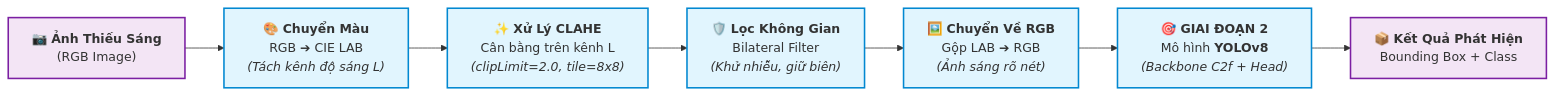
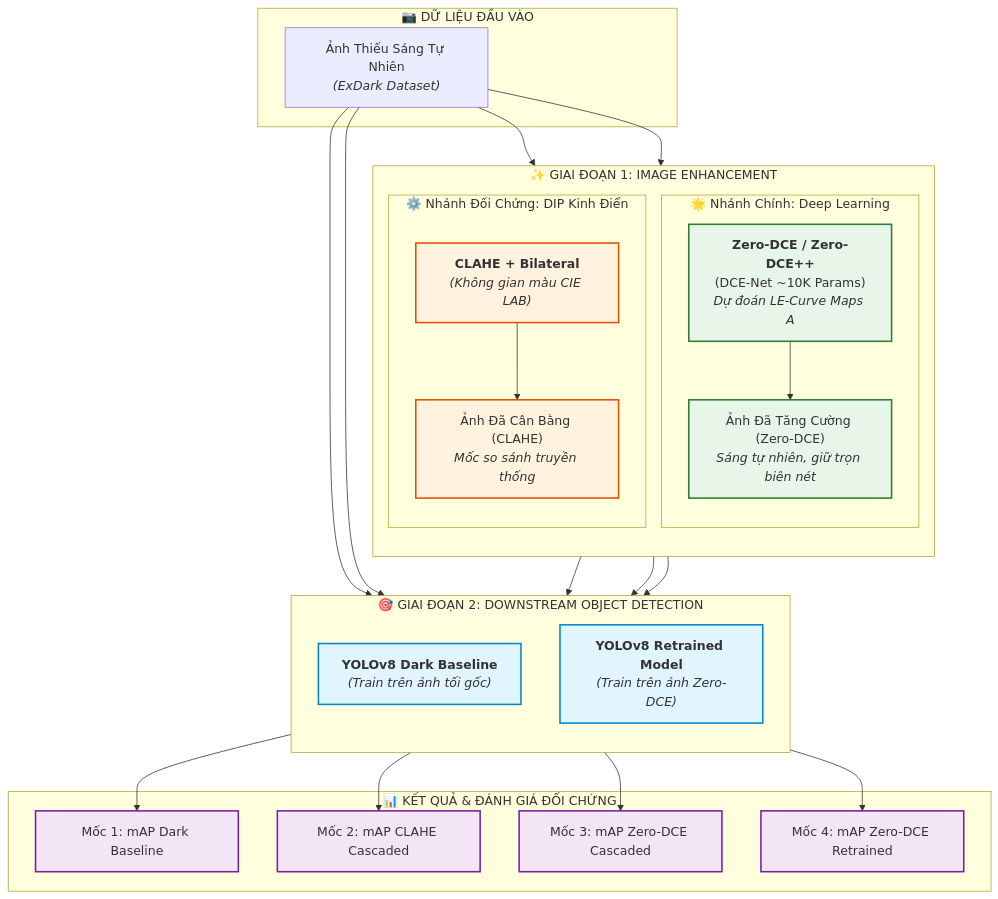
Before and after one commit to luongnm23ba14184-lgtm/Project-18-Low-Light-Image-Enhancement-and-Downstream-Recognition: the diagram in README.md, drawn with Mermaid. The commit also changed other lines of this file, not shown here.

````diff
--- a/README.md
+++ b/README.md
@@ -147,15 +218,51 @@
 ```mermaid
-flowchart LR
-    In["📷 <b>Ảnh Thiếu Sáng</b><br/>(RGB Image)"] 
-    --> S1["🎨 <b>Chuyển Màu</b><br/>RGB ➔ CIE LAB<br/><i>(Tách kênh độ sáng L)</i>"] 
-    --> S2["✨ <b>Xử Lý CLAHE</b><br/>Cân bằng trên kênh L<br/><i>(clipLimit=2.0, tile=8x8)</i>"]
-    --> S3["🛡️ <b>Lọc Không Gian</b><br/>Bilateral Filter<br/><i>(Khử nhiễu, giữ biên)</i>"]
-    --> S4["🖼️ <b>Chuyển Về RGB</b><br/>Gộp LAB ➔ RGB<br/><i>(Ảnh sáng rõ nét)</i>"]
-    --> S5["🎯 <b>GIAI ĐOẠN 2</b><br/>Mô hình <b>YOLOv8</b><br/><i>(Backbone C2f + Head)</i>"] 
-    --> Out["📦 <b>Kết Quả Phát Hiện</b><br/>Bounding Box + Class"]
+flowchart TD
+    subgraph IN ["📷 DỮ LIỆU ĐẦU VÀO"]
+        DarkImg["Ảnh Thiếu Sáng Tự Nhiên<br/><i>(ExDark Dataset)</i>"]
+    end
 
-    classDef stage fill:#e1f5fe,stroke:#0288d1,stroke-width:2px;
-    classDef io fill:#f3e5f5,stroke:#7b1fa2,stroke-width:2px;
-    class S1,S2,S3,S4,S5 stage;
-    class In,Out io;
+    subgraph STAGE1 ["✨ GIAI ĐOẠN 1: IMAGE ENHANCEMENT"]
+        direction TB
+        subgraph S1_DL ["🌟 Nhánh Chính: Deep Learning"]
+            DCE["<b>Zero-DCE / Zero-DCE++</b><br/>(DCE-Net ~10K Params)<br/><i>Dự đoán LE-Curve Maps A</i>"]
+            Enh_DCE["Ảnh Đã Tăng Cường (Zero-DCE)<br/><i>Sáng tự nhiên, giữ trọn biên nét</i>"]
+            DCE --> Enh_DCE
+        end
+        subgraph S1_DIP ["⚙️ Nhánh Đối Chứng: DIP Kinh Điển"]
+            DIP["<b>CLAHE + Bilateral</b><br/><i>(Không gian màu CIE LAB)</i>"]
+            Enh_DIP["Ảnh Đã Cân Bằng (CLAHE)<br/><i>Mốc so sánh truyền thống</i>"]
+            DIP --> Enh_DIP
+        end
+    end
+
+    subgraph STAGE2 ["🎯 GIAI ĐOẠN 2: DOWNSTREAM OBJECT DETECTION"]
+        direction TB
+        YOLO_Dark["<b>YOLOv8 Dark Baseline</b><br/><i>(Train trên ảnh tối gốc)</i>"]
+        YOLO_Retrain["<b>YOLOv8 Retrained Model</b><br/><i>(Train trên ảnh Zero-DCE)</i>"]
+    end
+
+    subgraph OUT ["📊 KẾT QUẢ & ĐÁNH GIÁ ĐỐI CHỨNG"]
+        Res1["Mốc 1: mAP Dark Baseline"]
+        Res2["Mốc 2: mAP CLAHE Cascaded"]
+        Res3["Mốc 3: mAP Zero-DCE Cascaded"]
+        Res4["Mốc 4: mAP Zero-DCE Retrained"]
+    end
+
+    DarkImg --> DCE
+    DarkImg --> DIP
+    DarkImg --> YOLO_Dark
+
+    DarkImg --> YOLO_Dark --> Res1
+    Enh_DIP --> YOLO_Dark --> Res2
+    Enh_DCE --> YOLO_Dark --> Res3
+    Enh_DCE --> YOLO_Retrain --> Res4
+
+    classDef dl fill:#e8f5e9,stroke:#2e7d32,stroke-width:2px;
+    classDef dip fill:#fff3e0,stroke:#e65100,stroke-width:2px;
+    classDef yolo fill:#e1f5fe,stroke:#0288d1,stroke-width:2px;
+    classDef res fill:#f3e5f5,stroke:#7b1fa2,stroke-width:2px;
+    class DCE,Enh_DCE dl;
+    class DIP,Enh_DIP dip;
+    class YOLO_Dark,YOLO_Retrain yolo;
+    class Res1,Res2,Res3,Res4 res;
 ```
````
